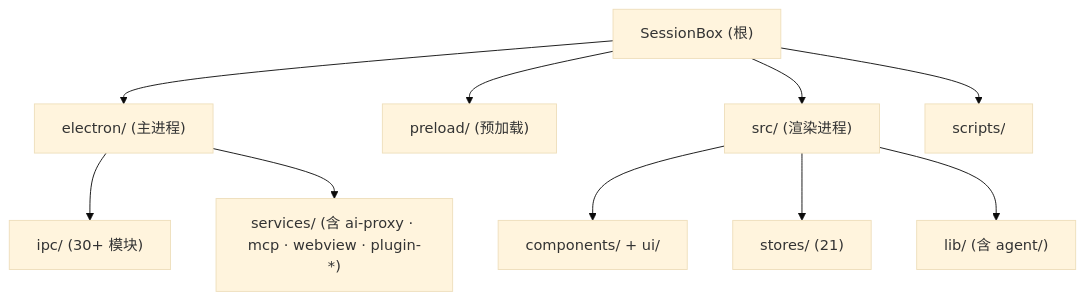
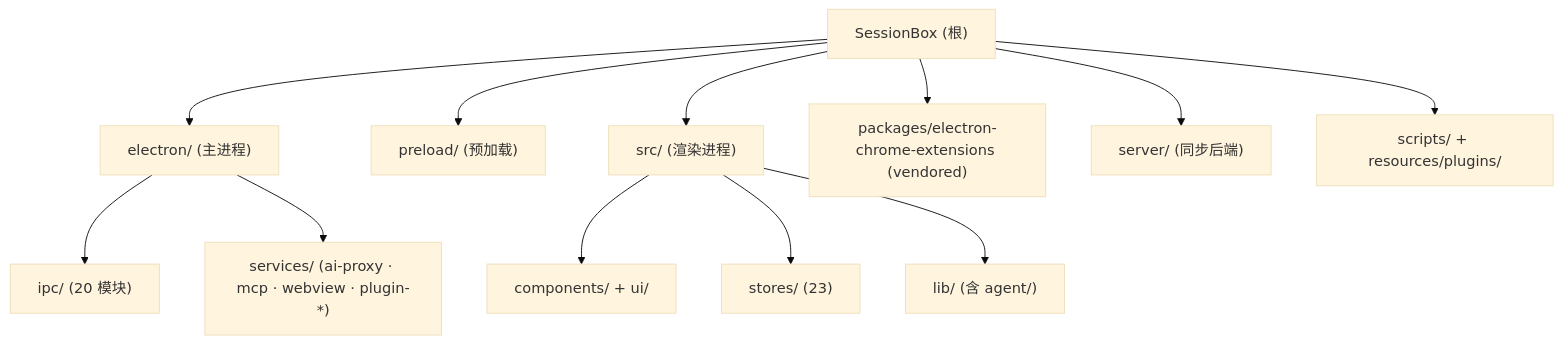
The diagram in CLAUDE.md (hunmer/sessionBox), drawn with Mermaid (base theme) before and after one commit. The commit also changed other lines of this file and 27 other files, not shown here.

````diff
--- a/CLAUDE.md
+++ b/CLAUDE.md
@@ -52,15 +57,17 @@
 ```mermaid
 graph TD
     ROOT["SessionBox (根)"] --> ELECTRON["electron/ (主进程)"]
     ROOT --> PRELOAD["preload/ (预加载)"]
     ROOT --> SRC["src/ (渲染进程)"]
-    ROOT --> SCRIPTS["scripts/"]
-    ELECTRON --> EI["ipc/ (30+ 模块)"]
-    ELECTRON --> ES["services/ (含 ai-proxy · mcp · webview · plugin-*)"]
+    ROOT --> VENDOR["packages/electron-chrome-extensions (vendored)"]
+    ROOT --> SYNC["server/ (同步后端)"]
+    ROOT --> SCRIPTS["scripts/ + resources/plugins/"]
+    ELECTRON --> EI["ipc/ (20 模块)"]
+    ELECTRON --> ES["services/ (ai-proxy · mcp · webview · plugin-*)"]
     SRC --> SC["components/ + ui/"]
-    SRC --> SS["stores/ (21)"]
+    SRC --> SS["stores/ (23)"]
     SRC --> SLIB["lib/ (含 agent/)"]
     click ELECTRON "./electron/CLAUDE.md"
     click PRELOAD "./preload/CLAUDE.md"
     click SRC "./src/CLAUDE.md"
 ```
````
